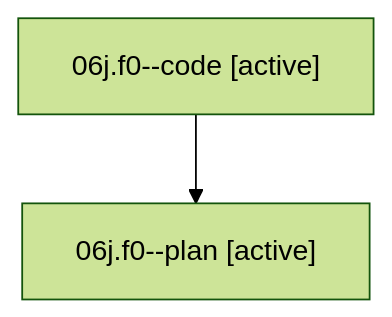
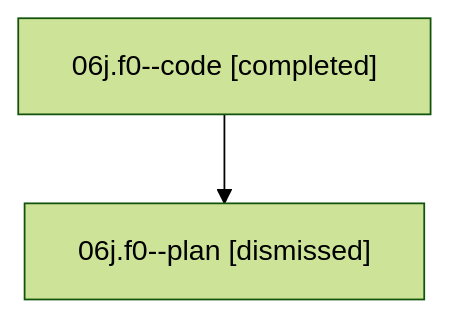
One commit to sase-org/sase--agents changed the diagram in families/bbugyi200.athena.06j.f0.md. Above: the diagram before and after it, drawn with Mermaid (forest theme). The commit also changed other lines of this file and 530 other files, not shown here.

````diff
--- a/families/bbugyi200.athena.06j.f0.md
+++ b/families/bbugyi200.athena.06j.f0.md
@@ -9,6 +9,6 @@
 ```mermaid
 flowchart TD
-  n0["06j.f0--code [active]"]
-  n1["06j.f0--plan [active]"]
+  n0["06j.f0--code [completed]"]
+  n1["06j.f0--plan [dismissed]"]
   n0 --> n1
 ```
````
